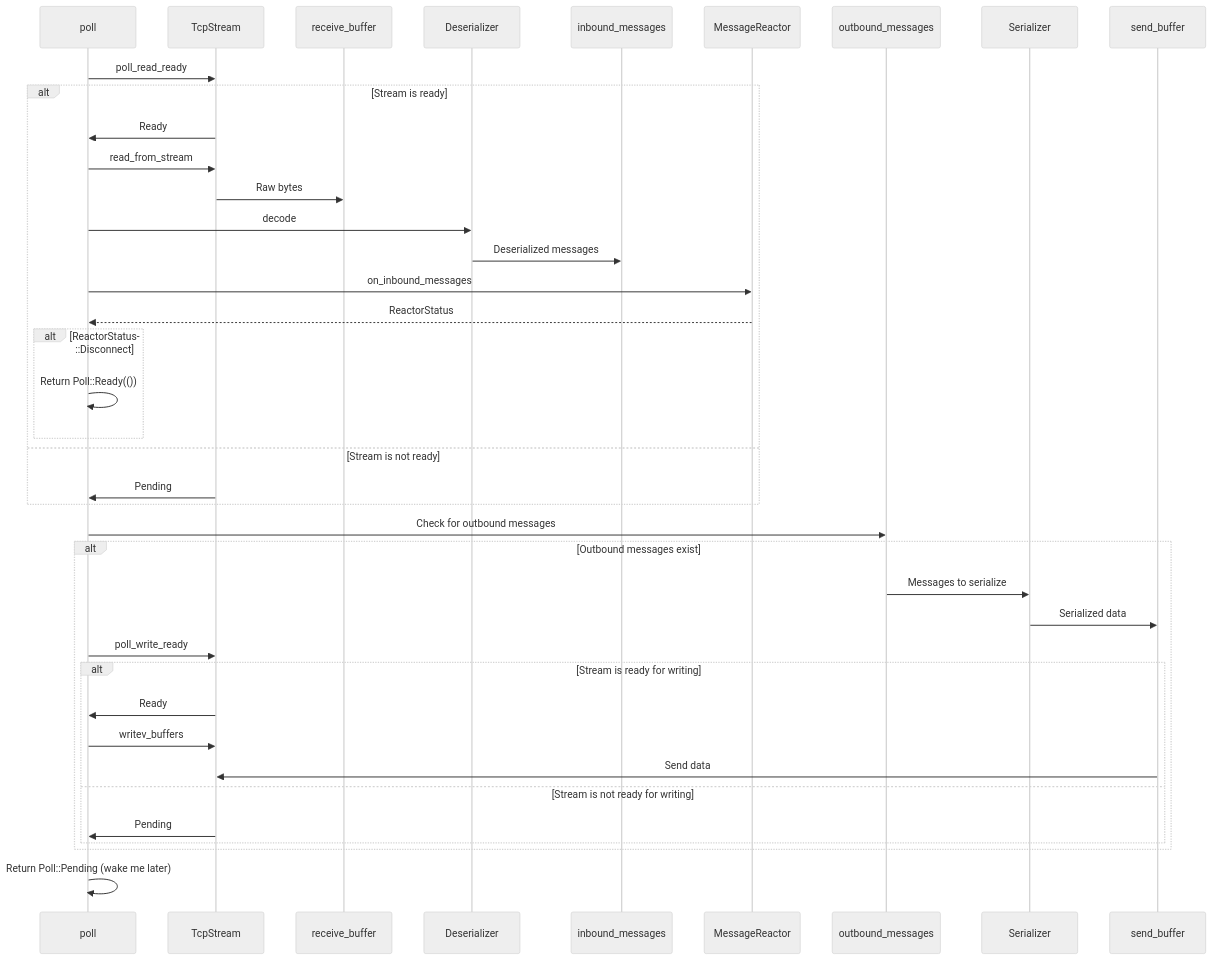
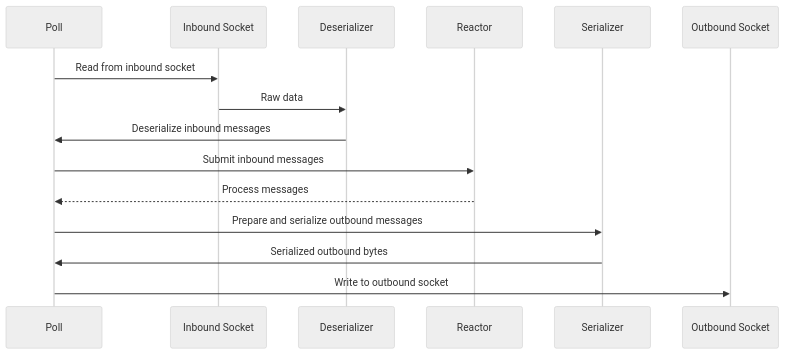
One commit to kvc0/protosocket changed the diagram in protosocket-connection/README.md. Above: the diagram before and after it, drawn with Mermaid (neutral theme). The commit also changed other lines of this file and 1 other file, not shown here.

````diff
--- a/protosocket-connection/README.md
+++ b/protosocket-connection/README.md
@@ -84,44 +22,18 @@
 ```mermaid
 sequenceDiagram
-    participant P as poll
-    participant S as TcpStream
-    participant RB as receive_buffer
+    participant P as Poll
+    participant IS as Inbound Socket
     participant D as Deserializer
-    participant IQ as inbound_messages
-    participant R as MessageReactor
-    participant OQ as outbound_messages
-    participant Ser as Serializer
-    participant SB as send_buffer
+    participant R as Reactor
+    participant S as Serializer
+    participant OS as Outbound Socket
 
-    P->>S: poll_read_ready
-    alt Stream is ready
-        S->>P: Ready
-        P->>S: read_from_stream
-        S->>RB: Raw bytes
-        P->>D: decode
-        D->>IQ: Deserialized messages
-        P->>R: on_inbound_messages
-        R-->>P: ReactorStatus
-        alt ReactorStatus::Disconnect
-            P->>P: Return Poll::Ready(())
-        end
-    else Stream is not ready
-        S->>P: Pending
-    end
-
-    P->>OQ: Check for outbound messages
-    alt Outbound messages exist
-        OQ->>Ser: Messages to serialize
-        Ser->>SB: Serialized data
-        P->>S: poll_write_ready
-        alt Stream is ready for writing
-            S->>P: Ready
-            P->>S: writev_buffers
-            SB->>S: Send data
-        else Stream is not ready for writing
-            S->>P: Pending
-        end
-    end
-
-    P->>P: Return Poll::Pending (wake me later)
+    P->>IS: Read from inbound socket
+    IS->>D: Raw data
+    D->>P: Deserialize inbound messages
+    P->>R: Submit inbound messages
+    R-->>P: Process messages
+    P->>S: Prepare and serialize outbound messages
+    S->>P: Serialized outbound bytes
+    P->>OS: Write to outbound socket
 ```
````
